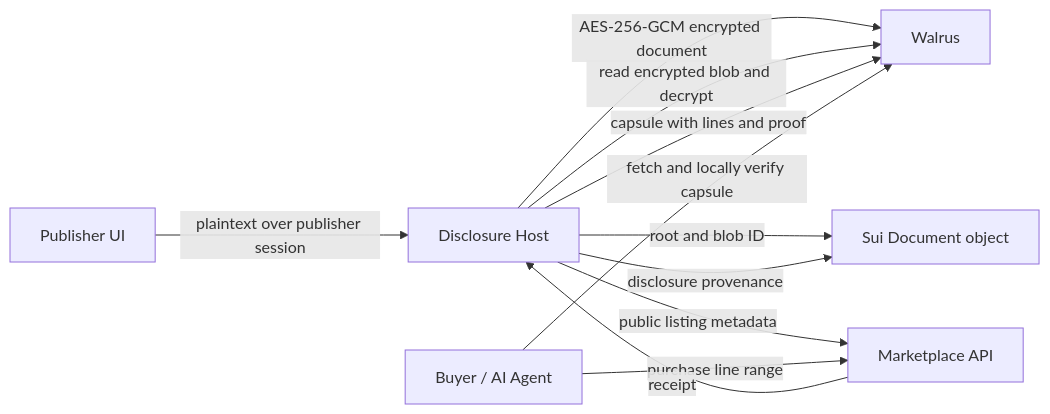
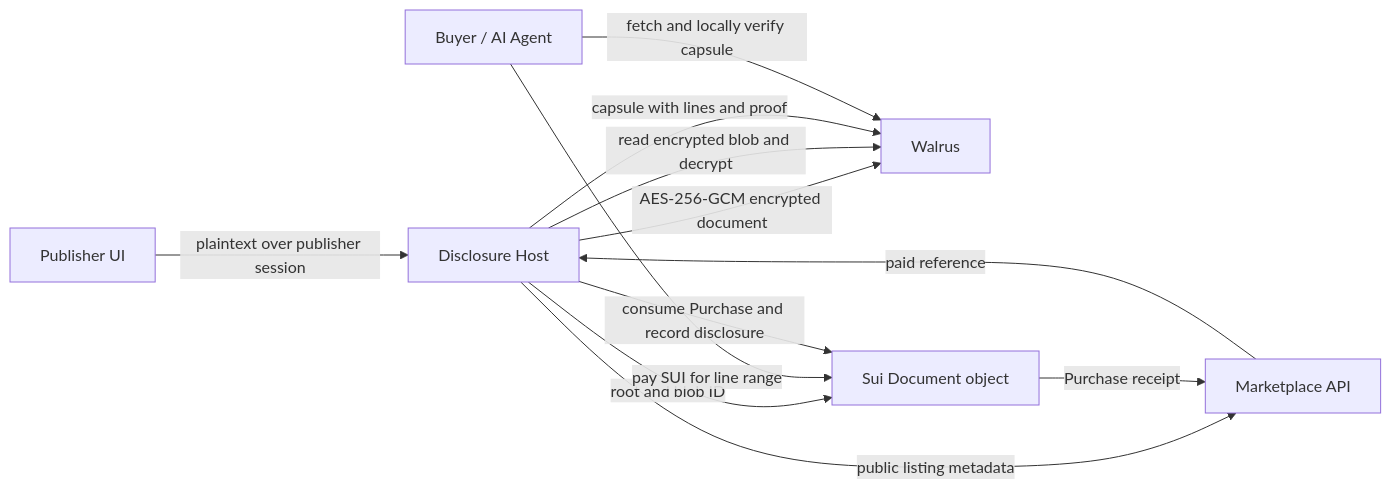
One commit to 0xr10t/capsule changed the diagram in docs/architecture.md. Above: the diagram before and after it, drawn with Mermaid. The commit also changed other lines of this file and 6 other files, not shown here.

Commit message:
docs: record paid disclosure deployment and roadmap

````diff
--- a/docs/architecture.md
+++ b/docs/architecture.md
@@ -18,13 +19,14 @@
 ```mermaid
 flowchart LR
   P["Publisher UI"] -->|"plaintext over publisher session"| H["Disclosure Host"]
   H -->|"AES-256-GCM encrypted document"| W["Walrus"]
   H -->|"root and blob ID"| S["Sui Document object"]
   H -->|"public listing metadata"| M["Marketplace API"]
-  B["Buyer / AI Agent"] -->|"purchase line range"| M
-  M -->|"receipt"| H
+  B["Buyer / AI Agent"] -->|"pay SUI for line range"| S
+  S -->|"Purchase receipt"| M
+  M -->|"paid reference"| H
   H -->|"read encrypted blob and decrypt"| W
   H -->|"capsule with lines and proof"| W
-  H -->|"disclosure provenance"| S
+  H -->|"consume Purchase and record disclosure"| S
   B -->|"fetch and locally verify capsule"| W
 ```
````
